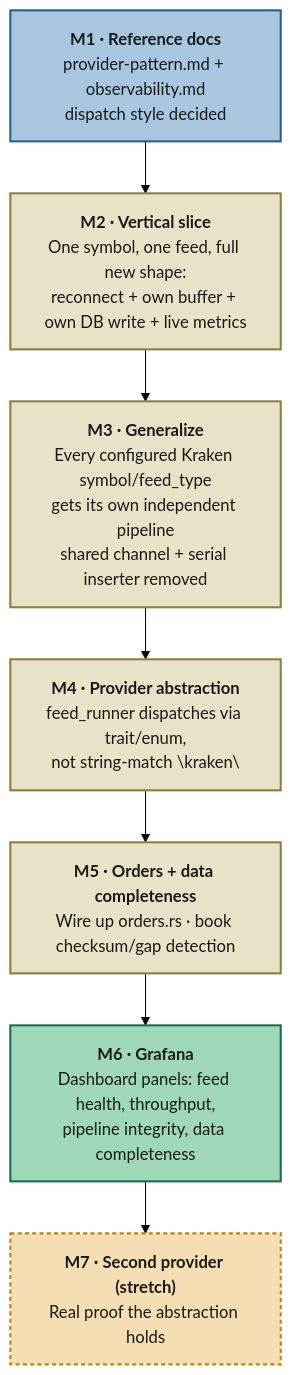
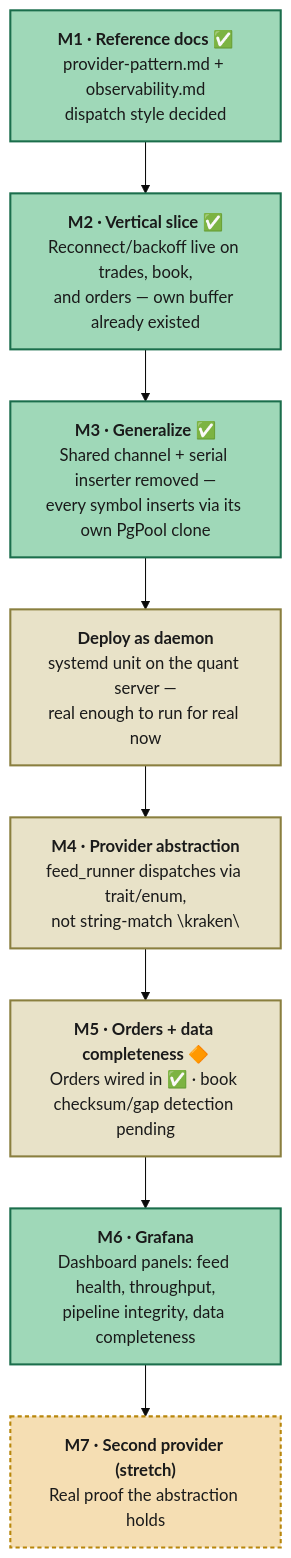
Before and after one commit to Dakotah-Torres/HelixFeed: the diagram in docs/roadmap.md, drawn with Mermaid (base theme). The commit also changed other lines of this file and 2 other files, not shown here.

````diff
--- a/docs/roadmap.md
+++ b/docs/roadmap.md
@@ -5,22 +5,24 @@
 ```mermaid
 flowchart TD
-    M1["<b>M1 · Reference docs</b><br/>provider-pattern.md + observability.md<br/>dispatch style decided"]
-    M2["<b>M2 · Vertical slice</b><br/>One symbol, one feed, full new shape:<br/>reconnect + own buffer + own DB write + live metrics"]
-    M3["<b>M3 · Generalize</b><br/>Every configured Kraken symbol/feed_type<br/>gets its own independent pipeline<br/>shared channel + serial inserter removed"]
+    M1["<b>M1 · Reference docs</b> ✅<br/>provider-pattern.md + observability.md<br/>dispatch style decided"]
+    M2["<b>M2 · Vertical slice</b> ✅<br/>Reconnect/backoff live on trades, book,<br/>and orders — own buffer already existed"]
+    M3["<b>M3 · Generalize</b> ✅<br/>Shared channel + serial inserter removed —<br/>every symbol inserts via its own PgPool clone"]
+    Mdaemon["<b>Deploy as daemon</b><br/>systemd unit on the quant server —<br/>real enough to run for real now"]
     M4["<b>M4 · Provider abstraction</b><br/>feed_runner dispatches via trait/enum,<br/>not string-match \"kraken\""]
-    M5["<b>M5 · Orders + data completeness</b><br/>Wire up orders.rs · book checksum/gap detection"]
+    M5["<b>M5 · Orders + data completeness</b> 🔶<br/>Orders wired in ✅ · book checksum/gap detection pending"]
     M6["<b>M6 · Grafana</b><br/>Dashboard panels: feed health, throughput,<br/>pipeline integrity, data completeness"]
     M7["<b>M7 · Second provider (stretch)</b><br/>Real proof the abstraction holds"]
 
-    M1 --> M2 --> M3 --> M4 --> M5 --> M6 --> M7
+    M1 --> M2 --> M3 --> Mdaemon --> M4 --> M5 --> M6 --> M7
 
     classDef docs fill:#a8c6e0,stroke:#2b5f82,color:#1a1a1a,stroke-width:2px
     classDef core fill:#e8e2c8,stroke:#8a7f3f,color:#1a1a1a,stroke-width:2px
+    classDef done fill:#9fd8b8,stroke:#1b6e4c,color:#1a1a1a,stroke-width:2px
     classDef payoff fill:#9fd8b8,stroke:#1b6e4c,color:#1a1a1a,stroke-width:2px
     classDef stretch fill:#f5deb3,stroke:#b8860b,color:#1a1a1a,stroke-width:2px,stroke-dasharray: 4 3
 
-    class M1 docs
-    class M2,M3,M4,M5 core
+    class M1,M2,M3 done
+    class Mdaemon,M4,M5 core
     class M6 payoff
     class M7 stretch
 ```
````
